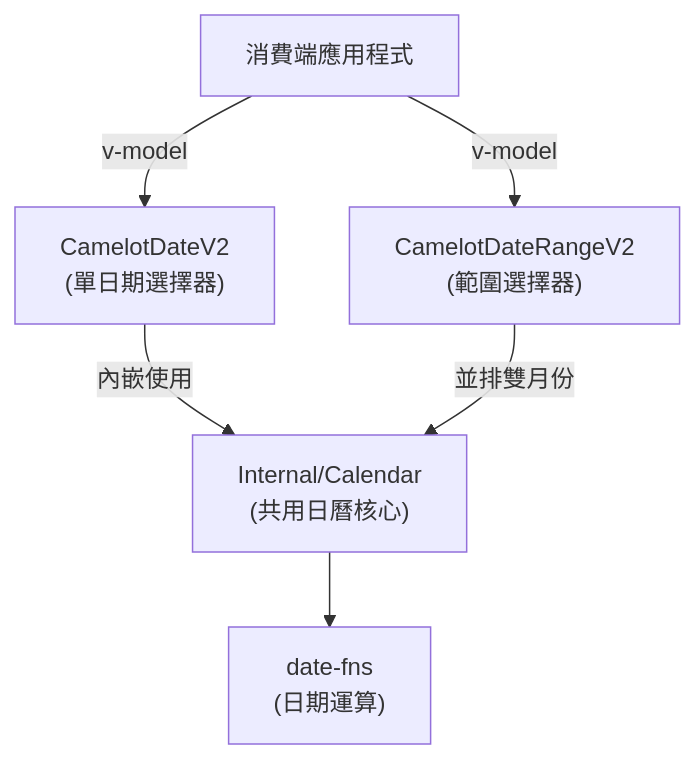
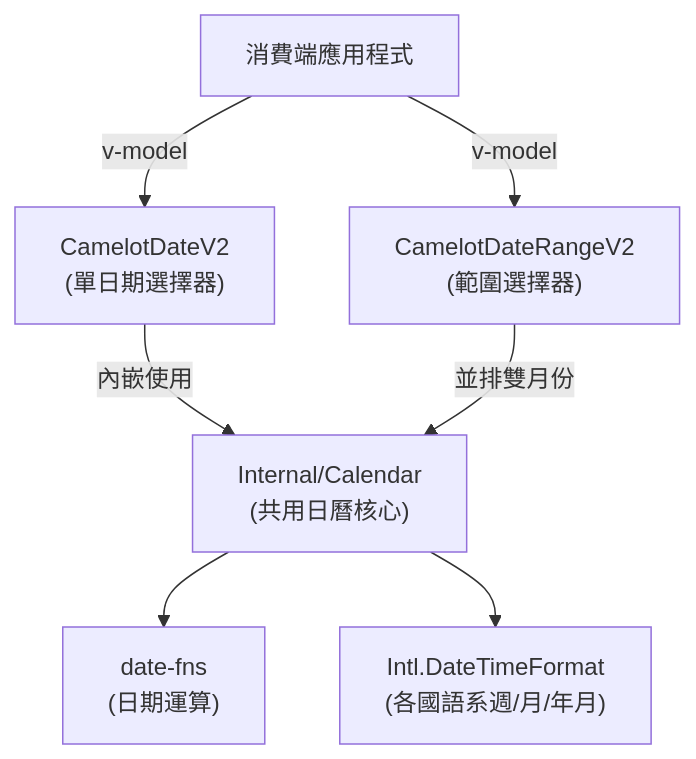
One commit to KNightING/camelot-nuxt-layer changed the first of 4 diagrams in .agents/project/wiki/features/calendar.md. Above: the diagram before and after it, drawn with Mermaid. The commit also changed other lines of this file and 12 other files, not shown here.

````diff
--- a/.agents/project/wiki/features/calendar.md
+++ b/.agents/project/wiki/features/calendar.md
@@ -14,14 +14,15 @@
 ```mermaid
 graph TD
     User["消費端應用程式"]
     DateV2["CamelotDateV2\n(單日期選擇器)"]
     DateRangeV2["CamelotDateRangeV2\n(範圍選擇器)"]
     Calendar["Internal/Calendar\n(共用日曆核心)"]
     DateFns["date-fns\n(日期運算)"]
 
     User -->|v-model| DateV2
     User -->|v-model| DateRangeV2
     DateV2 -->|內嵌使用| Calendar
     DateRangeV2 -->|並排雙月份| Calendar
     Calendar --> DateFns
+    Calendar --> Intl["Intl.DateTimeFormat\n(各國語系週/月/年月)"]
 ```
````
